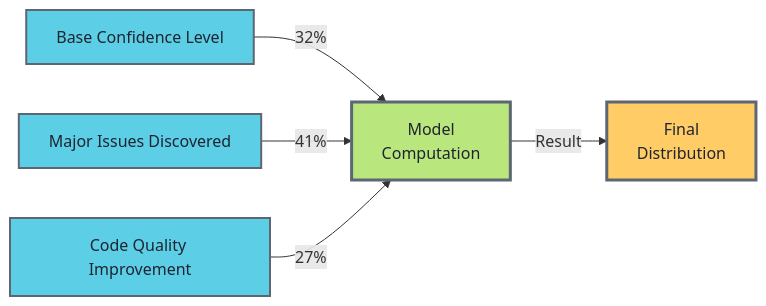
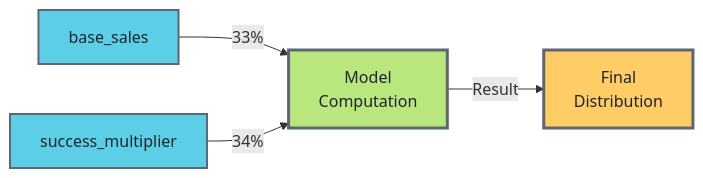
One commit to Replicant-Partners/fermi changed the diagram in results/prototype/charts/sankey.mmd. Above: the diagram before and after it, drawn with Mermaid. The commit also changed 24 other files, not shown here.

```diff
--- a/results/prototype/charts/sankey.mmd
+++ b/results/prototype/charts/sankey.mmd
@@ -1,40 +1,37 @@
 %%{
   init: {
     'theme': 'base',
     'themeVariables': {
       'primaryColor': '#5CCFE6',
       'primaryTextColor': '#CBCCC6',
       'primaryBorderColor': '#5C6773',
       'lineColor': '#FFCC66',
       'secondaryColor': '#BAE67E',
       'tertiaryColor': '#FFAE57',
       'background': '#1F2430',
       'mainBkg': '#1F2430',
       'secondBkg': '#1F2430',
       'tertiaryBkg': '#1F2430',
       'textColor': '#CBCCC6',
       'border1': '#5C6773',
       'border2': '#5C6773',
       'arrowheadColor': '#FFCC66',
       'fontFamily': 'ui-monospace, "Cascadia Code", "Source Code Pro", Menlo, Consolas, "DejaVu Sans Mono", monospace',
       'fontSize': '14px'
     }
   }
 }%%%%{init: {"theme": "base", "themeVariables": {"fontSize": "16px"}}}%%
 graph LR
-    D0["Base Confidence Level"]
-    D0 -->|32%| Model
-    D1["Major Issues Discovered"]
-    D1 -->|41%| Model
-    D2["Code Quality Improvement"]
-    D2 -->|27%| Model
+    D0["base_sales"]
+    D0 -->|33%| Model
+    D1["success_multiplier"]
+    D1 -->|34%| Model
     Model["Model<br/>Computation"]
     Model -->|Result| Output["Final<br/>Distribution"]
     classDef driverClass fill:#5CCFE6,stroke:#5C6773,stroke-width:2px,color:#1F2430
     classDef modelClass fill:#BAE67E,stroke:#5C6773,stroke-width:3px,color:#1F2430
     classDef outputClass fill:#FFCC66,stroke:#5C6773,stroke-width:3px,color:#1F2430
     class D0 driverClass
     class D1 driverClass
-    class D2 driverClass
     class Model modelClass
     class Output outputClass
```
